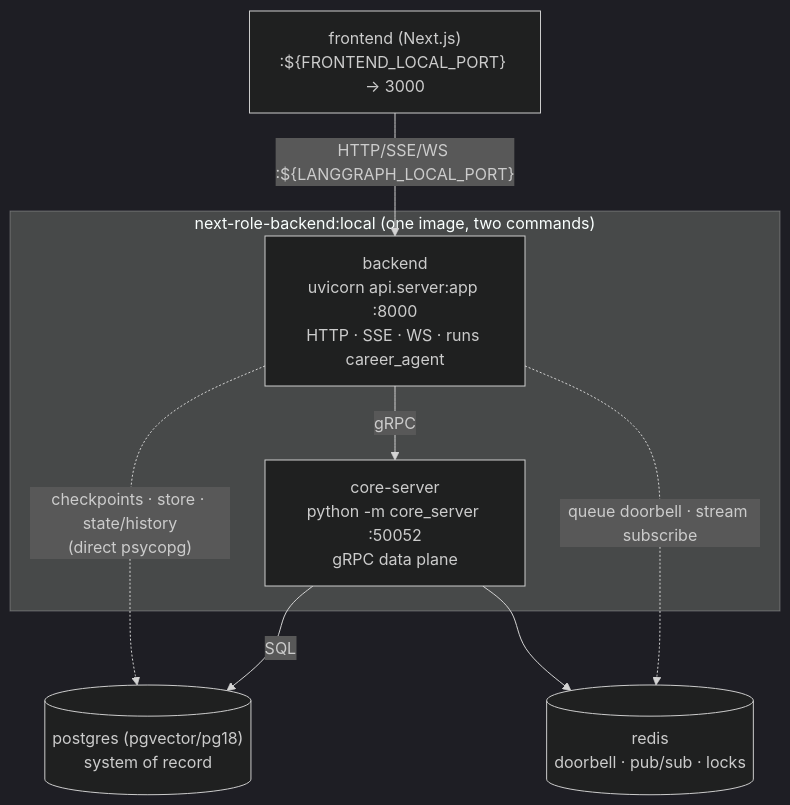
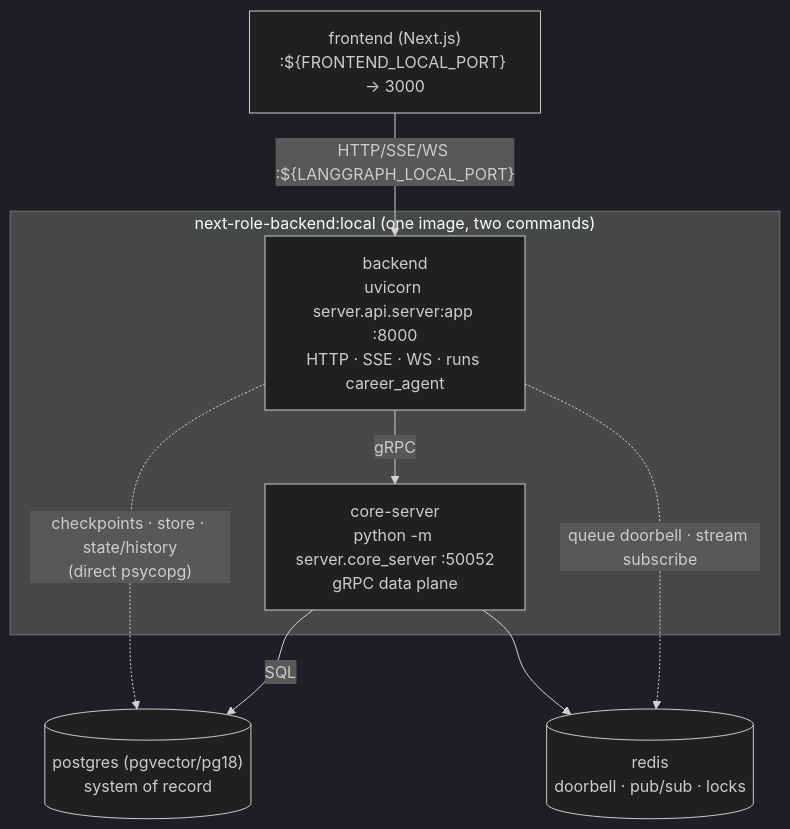
Before and after one commit to tam159/next-role: the diagram in backend/ARCHITECTURE.md, drawn with Mermaid (dark theme). The commit also changed other lines of this file and 378 other files, not shown here.

````diff
--- a/backend/ARCHITECTURE.md
+++ b/backend/ARCHITECTURE.md
@@ -42,16 +42,16 @@
 ```mermaid
 graph TB
     FE["frontend (Next.js)<br/>:${FRONTEND_LOCAL_PORT} → 3000"]
     subgraph image["next-role-backend:local (one image, two commands)"]
-        BE["backend<br/>uvicorn api.server:app :8000<br/>HTTP · SSE · WS · runs career_agent"]
-        CS["core-server<br/>python -m core_server :50052<br/>gRPC data plane"]
+        BE["backend<br/>uvicorn server.api.server:app :8000<br/>HTTP · SSE · WS · runs career_agent"]
+        CS["core-server<br/>python -m server.core_server :50052<br/>gRPC data plane"]
     end
     PG[("postgres (pgvector/pg18)<br/>system of record")]
     RD[("redis<br/>doorbell · pub/sub · locks")]
     FE -->|"HTTP/SSE/WS :${LANGGRAPH_LOCAL_PORT}"| BE
     BE -->|gRPC| CS
     BE -. "checkpoints · store · state/history<br/>(direct psycopg)" .-> PG
     CS -->|SQL| PG
     CS --> RD
     BE -. "queue doorbell · stream subscribe" .-> RD
 ```
````
